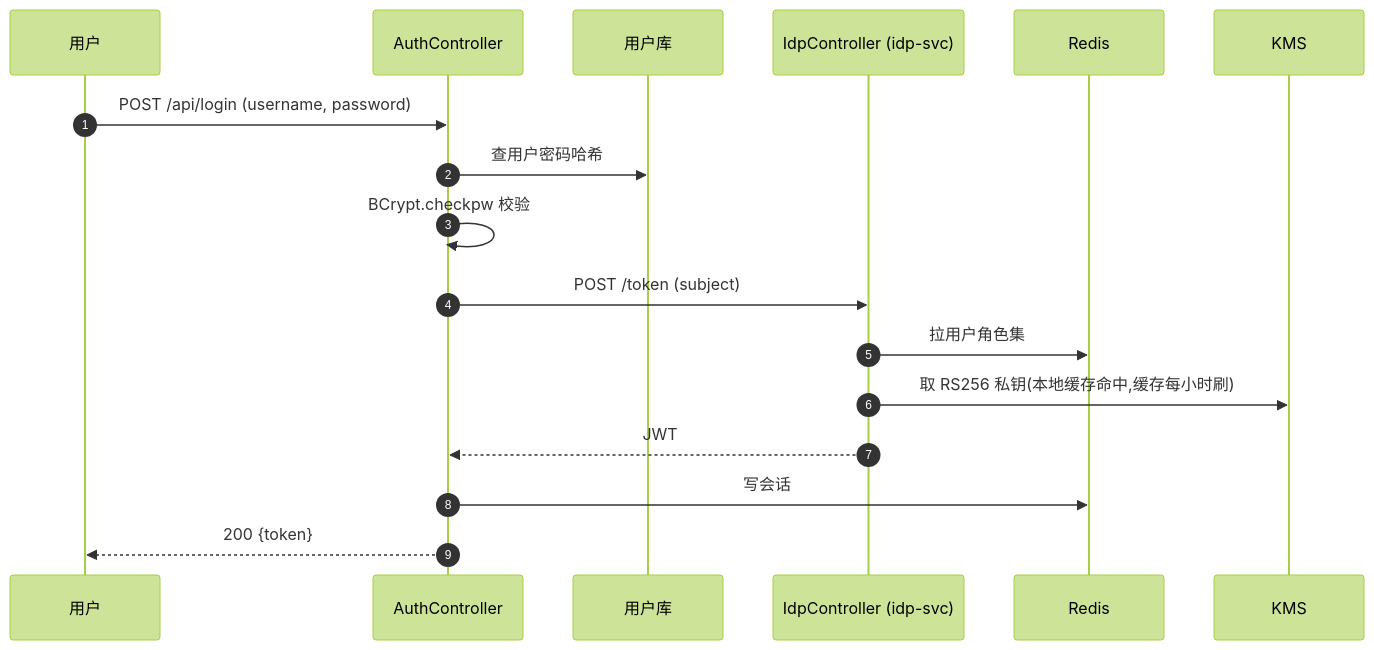
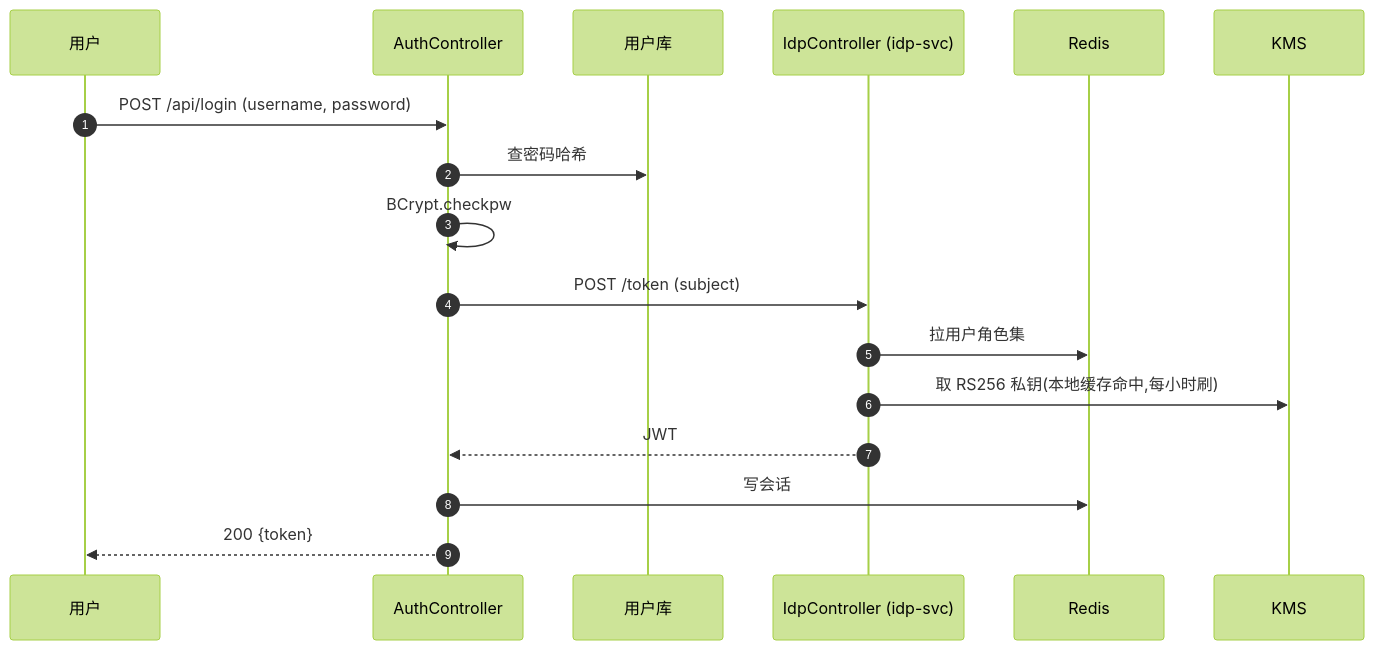
Before and after one commit to gcf0082/biz-flow-recon: the diagram in templates/default.md, drawn with Mermaid (forest theme). The commit also changed other lines of this file and 4 other files, not shown here.

````diff
--- a/templates/default.md
+++ b/templates/default.md
@@ -29,20 +17,20 @@
 ```mermaid
 sequenceDiagram
     autonumber
     participant U as 用户
     participant A as AuthController
     participant DB as 用户库
     participant IDP as IdpController (idp-svc)
     participant R as Redis
     participant K as KMS
 
     U->>A: POST /api/login (username, password)
-    A->>DB: 查用户密码哈希
-    A->>A: BCrypt.checkpw 校验
+    A->>DB: 查密码哈希
+    A->>A: BCrypt.checkpw
     A->>IDP: POST /token (subject)
     IDP->>R: 拉用户角色集
-    IDP->>K: 取 RS256 私钥(本地缓存命中,缓存每小时刷)
+    IDP->>K: 取 RS256 私钥(本地缓存命中,每小时刷)
     IDP-->>A: JWT
     A->>R: 写会话
     A-->>U: 200 {token}
 ```
````
